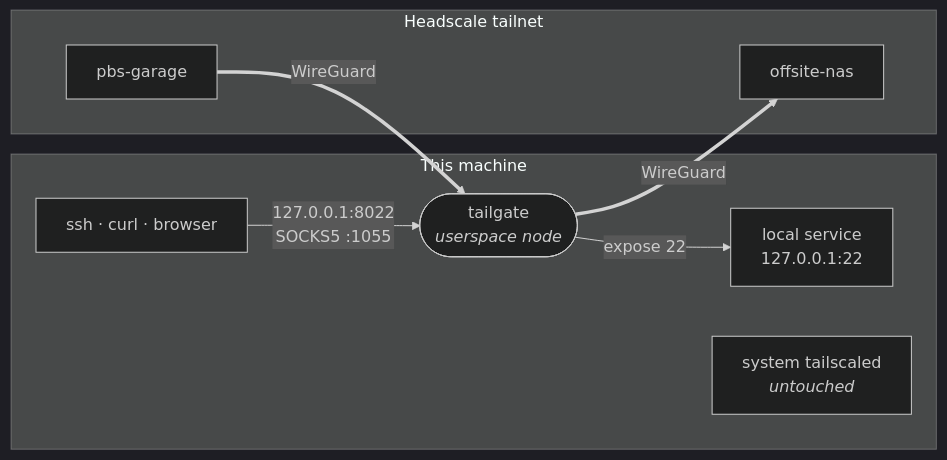
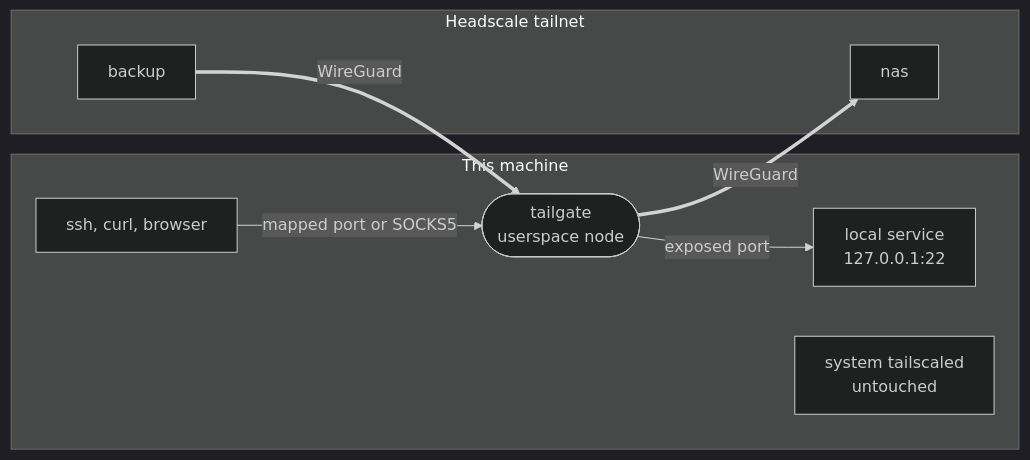
The diagram in README.md (JohnConnorNPC/tailgate), drawn with Mermaid (dark theme) before and after one commit. The commit also changed other lines of this file, not shown here.

````diff
--- a/README.md
+++ b/README.md
@@ -26,17 +41,17 @@
 ```mermaid
 flowchart LR
     subgraph you["This machine"]
-        app["ssh · curl · browser"]
+        app["ssh, curl, browser"]
         svc["local service<br/>127.0.0.1:22"]
-        tg(["tailgate<br/><i>userspace node</i>"])
-        ts["system tailscaled<br/><i>untouched</i>"]
+        tg(["tailgate<br/>userspace node"])
+        ts["system tailscaled<br/>untouched"]
     end
     subgraph hs["Headscale tailnet"]
-        nas["offsite-nas"]
-        pbs["pbs-garage"]
+        nas["nas"]
+        backup["backup"]
     end
-    app -- "127.0.0.1:8022<br/>SOCKS5 :1055" --> tg
+    app -- "mapped port or SOCKS5" --> tg
     tg == "WireGuard" ==> nas
-    pbs == "WireGuard" ==> tg
-    tg -- "expose 22" --> svc
+    backup == "WireGuard" ==> tg
+    tg -- "exposed port" --> svc
 ```
````
